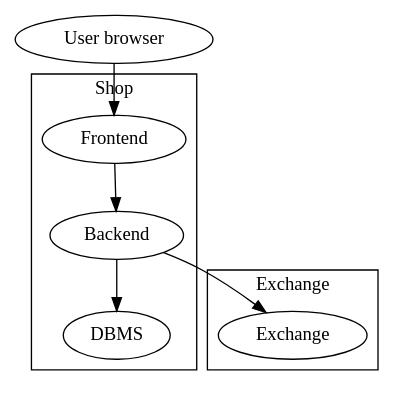
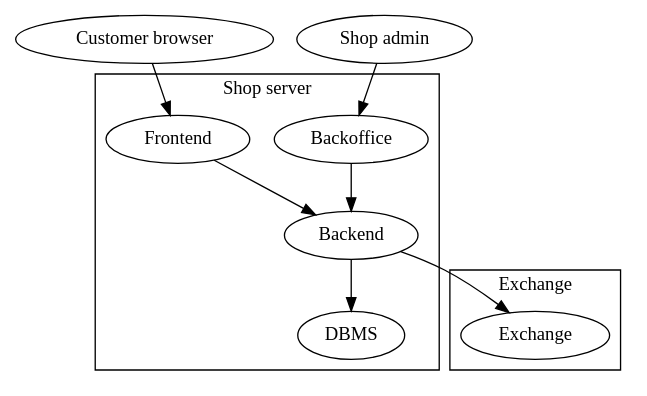
One commit to prototypefund/Digital_Bargeld-merchant changed the diagram in doc/arch.dot. Above: the diagram before and after it, drawn with Graphviz.

Commit message:
add back office

```diff
--- a/doc/arch.dot
+++ b/doc/arch.dot
@@ -1,18 +1,22 @@
 digraph G {
 
-  user[label="User browser"];
+  user[label="Customer browser"];
+  admin[label="Shop admin"];
   subgraph cluster_0 {
     Frontend;
+    Backoffice;
     Backend;
     DBMS;
-    label="Shop";
+    label="Shop server";
   }
   subgraph cluster_1 {
     Exchange;
     label="Exchange";
   }
   user->Frontend;
+  admin->Backoffice;
   Frontend->Backend;
+  Backoffice->Backend;
   Backend->DBMS;
   Backend->Exchange;
 }
```
